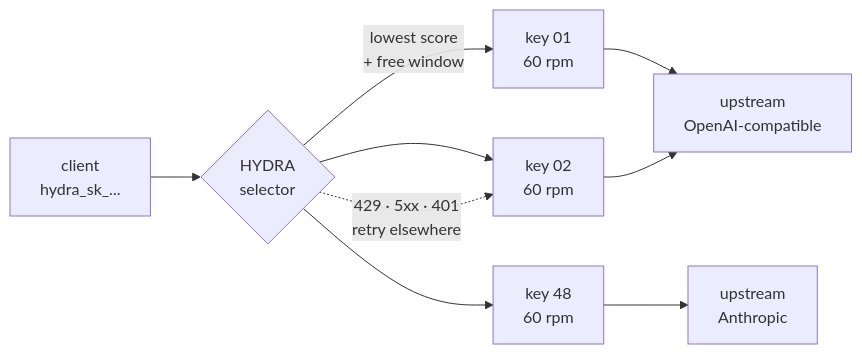
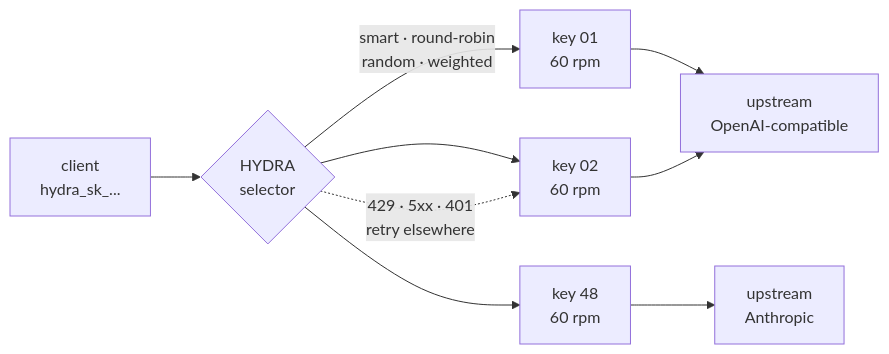
The diagram in README.md (hydradevc/rotation), drawn with Mermaid before and after one commit. The commit also changed other lines of this file and 30 other files, not shown here.

````diff
--- a/README.md
+++ b/README.md
@@ -157,11 +187,11 @@
 ```mermaid
 flowchart LR
     C["client<br/>hydra_sk_..."] --> R{"HYDRA<br/>selector"}
-    R -->|"lowest score<br/>+ free window"| K1["key 01<br/>60 rpm"]
+    R -->|"smart · round-robin<br/>random · weighted"| K1["key 01<br/>60 rpm"]
     R --> K2["key 02<br/>60 rpm"]
     R --> K3["key 48<br/>60 rpm"]
     K1 --> U1["upstream<br/>OpenAI-compatible"]
     K2 --> U1
     K3 --> U2["upstream<br/>Anthropic"]
     R -.->|"429 · 5xx · 401<br/>retry elsewhere"| K2
 ```
````
